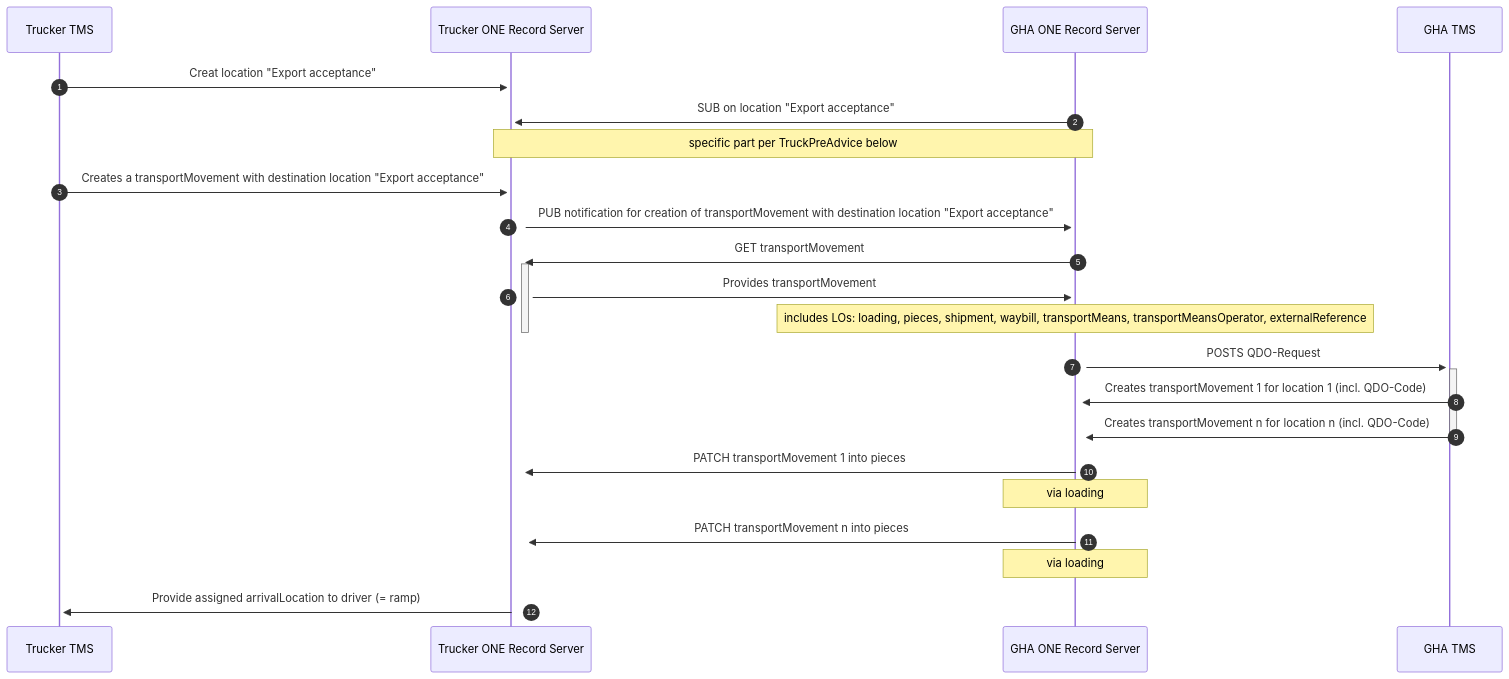
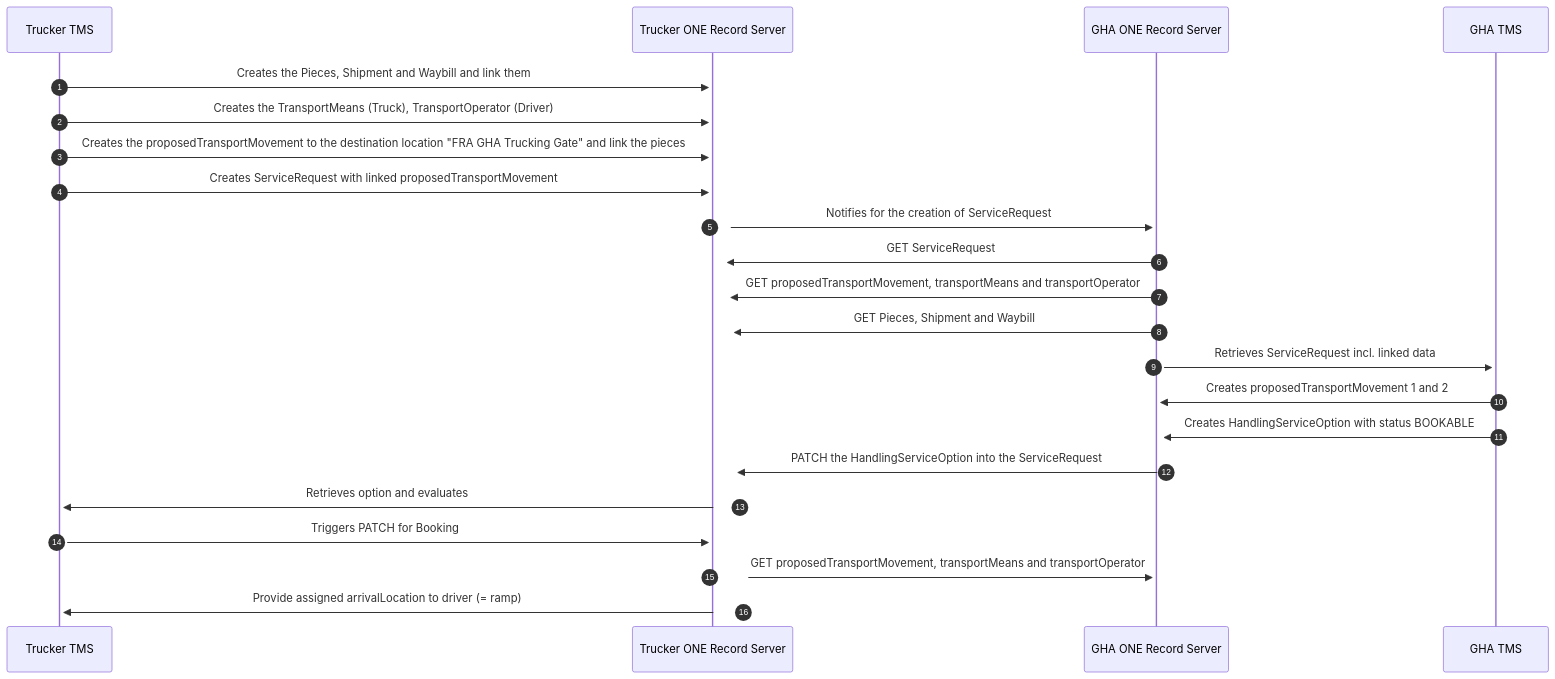
One commit to digital-cargo/good-practice-truck-preadvice changed the second of 2 diagrams in README.md. Above: the diagram before and after it, drawn with Mermaid. The commit also changed other lines of this file, not shown here.

````diff
--- a/README.md
+++ b/README.md
@@ -139,28 +163,24 @@
 ```mermaid
 sequenceDiagram
     participant Trucker TMS
     participant Trucker ONE Record Server
     participant GHA ONE Record Server
     participant GHA TMS
     autonumber
-    Trucker TMS->>+Trucker ONE Record Server: Creat location "Export acceptance"
-    GHA ONE Record Server->>+Trucker ONE Record Server: SUB on location "Export acceptance"
-    note over Trucker ONE Record Server, GHA ONE Record Server: specific part per TruckPreAdvice below
-    Trucker TMS->>+Trucker ONE Record Server: Creates a transportMovement with destination location "Export acceptance"
-    Trucker ONE Record Server->>+GHA ONE Record Server: PUB notification for creation of transportMovement with destination location "Export acceptance"
-    activate Trucker ONE Record Server
-        GHA ONE Record Server->>+ Trucker ONE Record Server: GET transportMovement
-        Trucker ONE Record Server->>+ GHA ONE Record Server: Provides transportMovement
-        note over GHA ONE Record Server: includes LOs: loading, pieces, shipment, waybill, transportMeans, transportMeansOperator, externalReference
-    deactivate Trucker ONE Record Server
-    activate GHA TMS
-        GHA ONE Record Server->>+GHA TMS: POSTS QDO-Request
-        GHA TMS->>+GHA ONE Record Server: Creates transportMovement 1 for location 1 (incl. QDO-Code)
-        GHA TMS->>+GHA ONE Record Server: Creates transportMovement n for location n (incl. QDO-Code)
-    deactivate GHA TMS
-    GHA ONE Record Server->>+ Trucker ONE Record Server: PATCH transportMovement 1 into pieces
-    note over GHA ONE Record Server: via loading
-    GHA ONE Record Server->>+ Trucker ONE Record Server: PATCH transportMovement n into pieces
-    note over GHA ONE Record Server: via loading
+    Trucker TMS->>+Trucker ONE Record Server: Creates the Pieces, Shipment and Waybill and link them
+    Trucker TMS->>+Trucker ONE Record Server: Creates the TransportMeans (Truck), TransportOperator (Driver)
+    Trucker TMS->>+Trucker ONE Record Server: Creates the proposedTransportMovement to the destination location "FRA GHA Trucking Gate" and link the pieces
+    Trucker TMS->>+Trucker ONE Record Server: Creates ServiceRequest with linked proposedTransportMovement
+    Trucker ONE Record Server->>+GHA ONE Record Server: Notifies for the creation of ServiceRequest
+    GHA ONE Record Server->>+ Trucker ONE Record Server: GET ServiceRequest
+    GHA ONE Record Server->>+ Trucker ONE Record Server: GET proposedTransportMovement, transportMeans and transportOperator
+    GHA ONE Record Server->>+ Trucker ONE Record Server: GET Pieces, Shipment and Waybill
+    GHA ONE Record Server->>+GHA TMS: Retrieves ServiceRequest incl. linked data 
+    GHA TMS->>+GHA ONE Record Server: Creates proposedTransportMovement 1 and 2
+    GHA TMS->>+GHA ONE Record Server: Creates HandlingServiceOption with status BOOKABLE
+    GHA ONE Record Server->>+Trucker ONE Record Server: PATCH the HandlingServiceOption into the ServiceRequest
+    Trucker ONE Record Server->>+ Trucker TMS: Retrieves option and evaluates
+    Trucker TMS->>+ Trucker ONE Record Server: Triggers PATCH for Booking
+    Trucker ONE Record Server->>+ GHA ONE Record Server: GET proposedTransportMovement, transportMeans and transportOperator
     Trucker ONE Record Server ->>+Trucker TMS: Provide assigned arrivalLocation to driver (= ramp)
 ```
````
